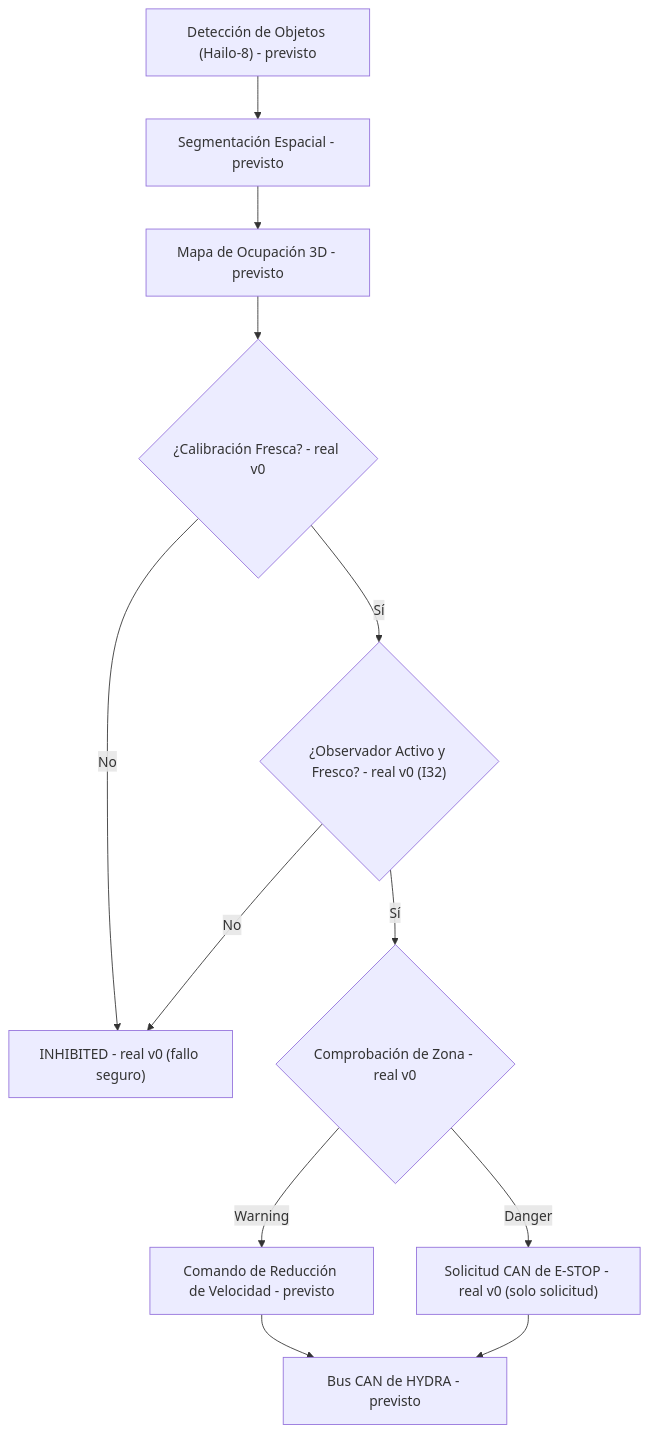
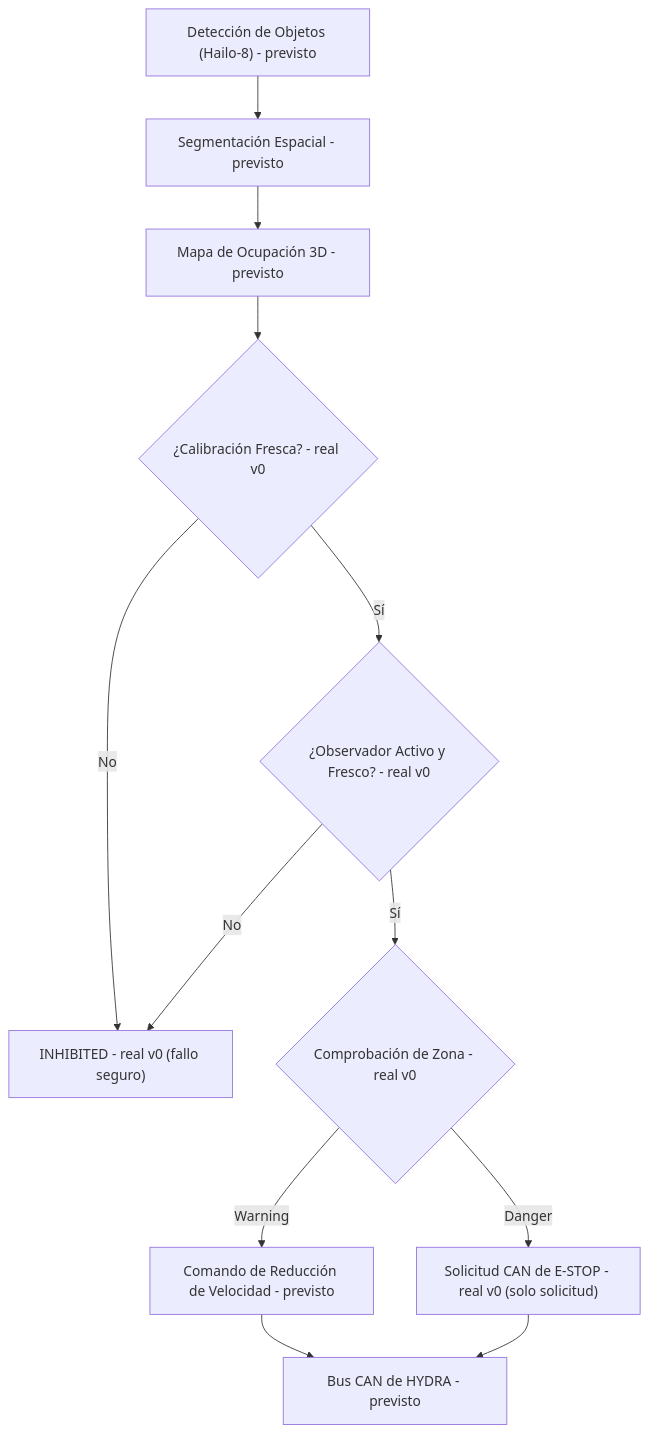
Before and after one commit to JuanenRac/HYDRA-UMC-SAFETY-ZONES: the diagram in README_spa.md, drawn with Mermaid. The commit also changed other lines of this file and 8 other files, not shown here.

````diff
--- a/README_spa.md
+++ b/README_spa.md
@@ -49,14 +49,14 @@
 ```mermaid
 flowchart TB
     DET["Detección de Objetos (Hailo-8) - previsto"] --> SEG["Segmentación Espacial - previsto"]
     SEG --> MAP["Mapa de Ocupación 3D - previsto"]
     MAP --> CAL{"¿Calibración Fresca? - real v0"}
     CAL -- No --> INHIBIT["INHIBITED - real v0 (fallo seguro)"]
-    CAL -- Sí --> OBS{"¿Observador Activo y Fresco? - real v0 (I32)"}
+    CAL -- Sí --> OBS{"¿Observador Activo y Fresco? - real v0"}
     OBS -- No --> INHIBIT
     OBS -- Sí --> ZONE{"Comprobación de Zona - real v0"}
     ZONE -- Warning --> SLOW["Comando de Reducción de Velocidad - previsto"]
     ZONE -- Danger --> STOP["Solicitud CAN de E-STOP - real v0 (solo solicitud)"]
     SLOW --> CAN["Bus CAN de HYDRA - previsto"]
     STOP --> CAN
 ```
````
